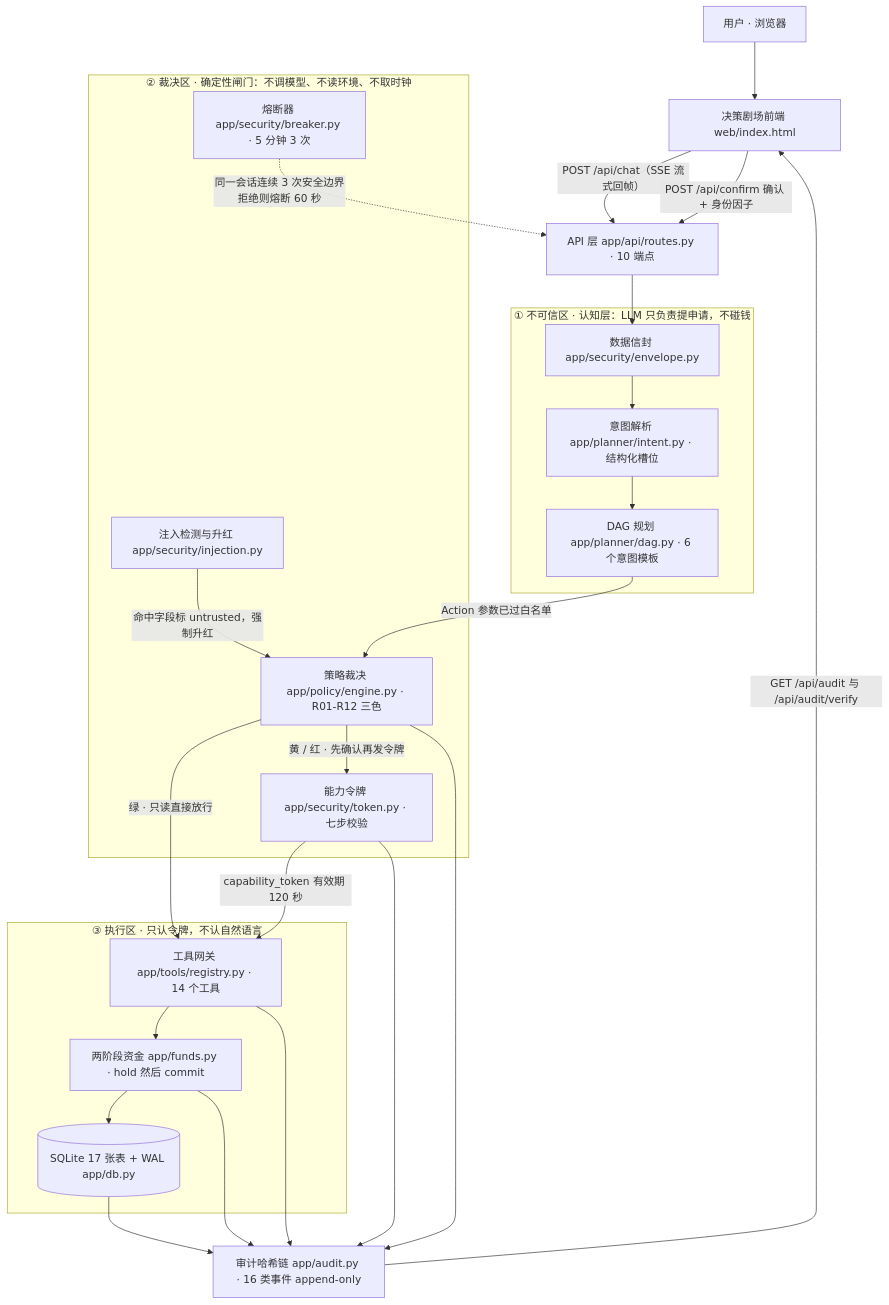
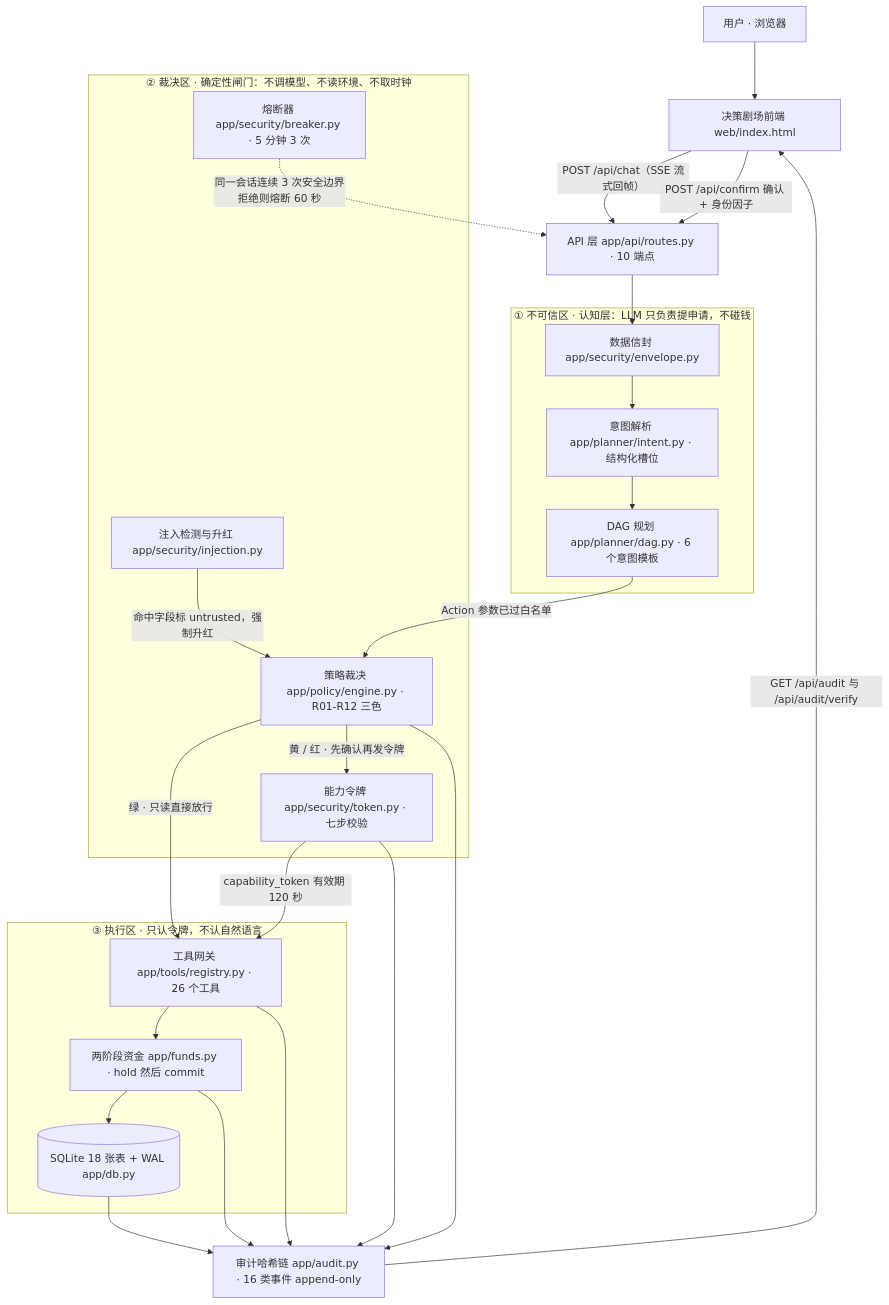
One commit to peng6yu/banking-agent changed the first of 2 diagrams in docs/技术文档.md. Above: the diagram before and after it, drawn with Mermaid. The commit also changed other lines of this file and 16 other files, not shown here.

First line of the commit message:
docs(v1.4.0): 六场景全部覆盖，工具 26、测试 656、意图模板 11 口径统一

````diff
--- a/docs/技术文档.md
+++ b/docs/技术文档.md
@@ -52,42 +52,42 @@
 ```mermaid
 flowchart TD
     U["用户 · 浏览器"] --> FE["决策剧场前端 web/index.html"]
     FE -->|"POST /api/chat（SSE 流式回帧）"| API["API 层 app/api/routes.py · 10 端点"]
     FE -->|"POST /api/confirm 确认 + 身份因子"| API
 
     subgraph L1["① 不可信区 · 认知层：LLM 只负责提申请，不碰钱"]
         ENV["数据信封 app/security/envelope.py"]
         INT["意图解析 app/planner/intent.py · 结构化槽位"]
         DAG["DAG 规划 app/planner/dag.py · 6 个意图模板"]
     end
 
     subgraph L2["② 裁决区 · 确定性闸门：不调模型、不读环境、不取时钟"]
         INJ["注入检测与升红 app/security/injection.py"]
         PE["策略裁决 app/policy/engine.py · R01-R12 三色"]
         TK["能力令牌 app/security/token.py · 七步校验"]
         BRK["熔断器 app/security/breaker.py · 5 分钟 3 次"]
     end
 
     subgraph L3["③ 执行区 · 只认令牌，不认自然语言"]
-        REG["工具网关 app/tools/registry.py · 14 个工具"]
+        REG["工具网关 app/tools/registry.py · 26 个工具"]
         FND["两阶段资金 app/funds.py · hold 然后 commit"]
-        DB[("SQLite 17 张表 + WAL app/db.py")]
+        DB[("SQLite 18 张表 + WAL app/db.py")]
     end
 
     AUD["审计哈希链 app/audit.py · 16 类事件 append-only"]
 
     API --> ENV --> INT --> DAG
     DAG -->|"Action 参数已过白名单"| PE
     INJ -->|"命中字段标 untrusted，强制升红"| PE
     PE -->|"绿 · 只读直接放行"| REG
     PE -->|"黄 / 红 · 先确认再发令牌"| TK
     TK -->|"capability_token 有效期 120 秒"| REG
     BRK -.->|"同一会话连续 3 次安全边界拒绝则熔断 60 秒"| API
     REG --> FND --> DB
     REG --> AUD
     FND --> AUD
     PE --> AUD
     TK --> AUD
     DB --> AUD
     AUD -->|"GET /api/audit 与 /api/audit/verify"| FE
 ```
````
